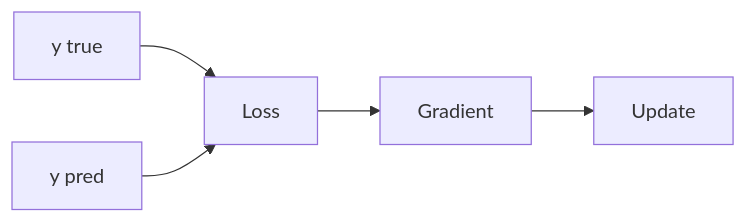
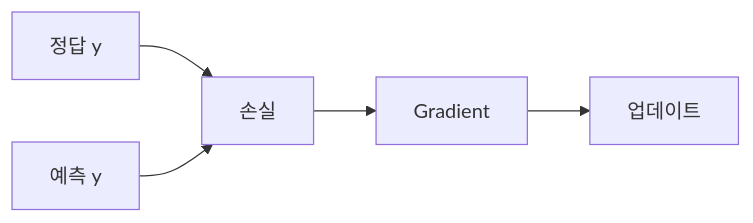
The diagram in content/calculus-for-ml-101/ko/06-loss-function.md (yeongseon-books/book-content), drawn with Mermaid before and after one commit. The commit also changed other lines of this file and 6 other files, not shown here.

````diff
--- a/content/calculus-for-ml-101/ko/06-loss-function.md
+++ b/content/calculus-for-ml-101/ko/06-loss-function.md
@@ -33,7 +49,7 @@
 ```mermaid
 flowchart LR
-    Y[y true] --> L[Loss]
-    P[y pred] --> L
+    Y[정답 y] --> L[손실]
+    P[예측 y] --> L
     L --> G[Gradient]
-    G --> U[Update]
+    G --> U[업데이트]
 ```
````
